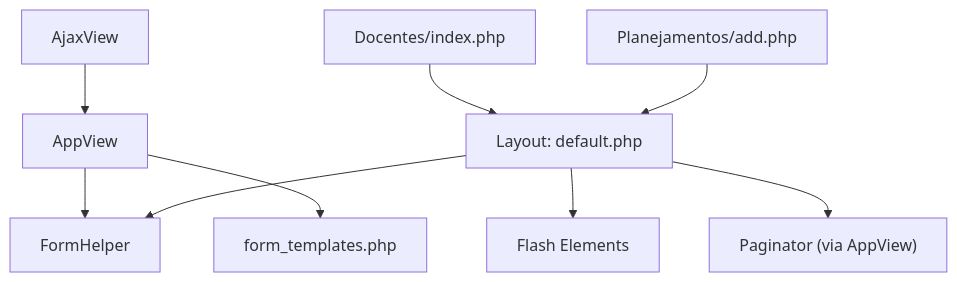
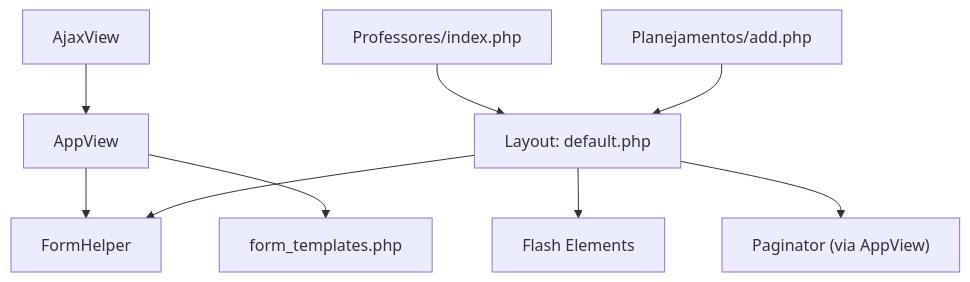
The eighth of 8 diagrams in .qoder/repowiki/en/content/Frontend Architecture.md (luiseduacosta/planejamento5), drawn with Mermaid before and after one commit. The commit also changed other lines of this file and 37 other files, not shown here.

Commit message:
repowiki: rename Docentes → Professores in metadata

````diff
--- a/.qoder/repowiki/en/content/Frontend Architecture.md
+++ b/.qoder/repowiki/en/content/Frontend Architecture.md
@@ -294,11 +294,11 @@
 ```mermaid
 graph TB
 AV["AppView"] --> FH["FormHelper"]
 AV --> PT["form_templates.php"]
 AJV["AjaxView"] --> AV
 LDEF["Layout: default.php"] --> FH
 LDEF --> FLASH["Flash Elements"]
 LDEF --> PAG["Paginator (via AppView)"]
-TDOC["Docentes/index.php"] --> LDEF
+TDOC["Professores/index.php"] --> LDEF
 TPLAN["Planejamentos/add.php"] --> LDEF
 ```
````
